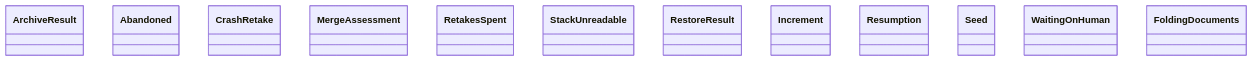
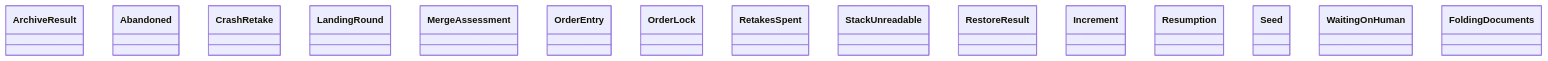
The diagram in docs/architecture/generated/classes-process-application-lifecycle.md (GonzaloZevallos/agentic-system), drawn with Mermaid before and after one commit.

Commit message:
Regenerate the lifecycle class docs for the landing order's poll types (GH-588)

````diff
--- a/docs/architecture/generated/classes-process-application-lifecycle.md
+++ b/docs/architecture/generated/classes-process-application-lifecycle.md
@@ -17,15 +17,18 @@
 ```mermaid
 classDiagram
     class archive__ArchiveResult["ArchiveResult"]
     class poll__Abandoned["Abandoned"]
     class poll__CrashRetake["CrashRetake"]
+    class poll__LandingRound["LandingRound"]
     class poll__MergeAssessment["MergeAssessment"]
+    class poll__OrderEntry["OrderEntry"]
+    class poll__OrderLock["OrderLock"]
     class poll__RetakesSpent["RetakesSpent"]
     class poll__StackUnreadable["StackUnreadable"]
     class restore__RestoreResult["RestoreResult"]
     class resume__Increment["Increment"]
     class resume__Resumption["Resumption"]
     class resume__Seed["Seed"]
     class resume__WaitingOnHuman["WaitingOnHuman"]
     class schedule__FoldingDocuments["FoldingDocuments"]
 ```
````
